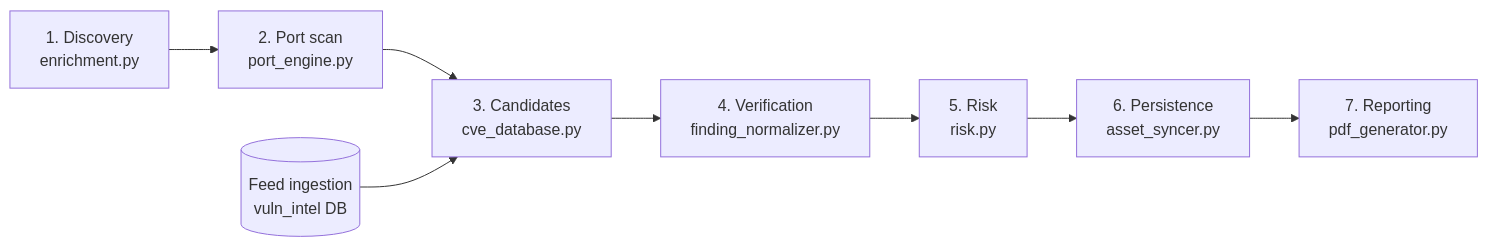
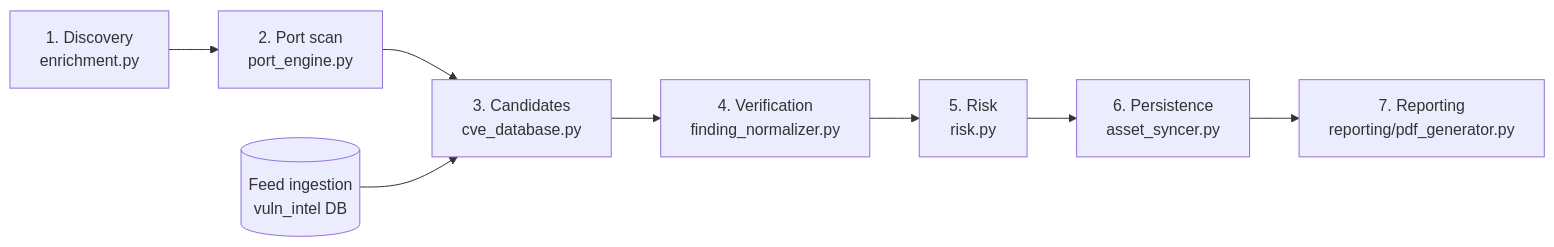
The diagram in docs/PIPELINE_DATA_INTEGRITY_AUDIT.md (pankajkumar2498/CCure-PRO), drawn with Mermaid before and after one commit. The commit also changed other lines of this file and 52 other files, not shown here.

````diff
--- a/docs/PIPELINE_DATA_INTEGRITY_AUDIT.md
+++ b/docs/PIPELINE_DATA_INTEGRITY_AUDIT.md
@@ -32,10 +32,10 @@
 ```mermaid
 flowchart LR
     D[1. Discovery<br/>enrichment.py] --> P[2. Port scan<br/>port_engine.py]
     P --> C[3. Candidates<br/>cve_database.py]
     C --> V[4. Verification<br/>finding_normalizer.py]
     V --> R[5. Risk<br/>risk.py]
     R --> S[6. Persistence<br/>asset_syncer.py]
-    S --> O[7. Reporting<br/>pdf_generator.py]
+    S --> O[7. Reporting<br/>reporting/pdf_generator.py]
     F[(Feed ingestion<br/>vuln_intel DB)] --> C
 ```
````
